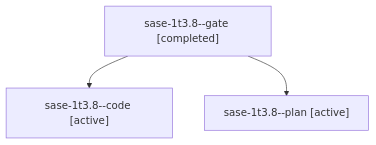
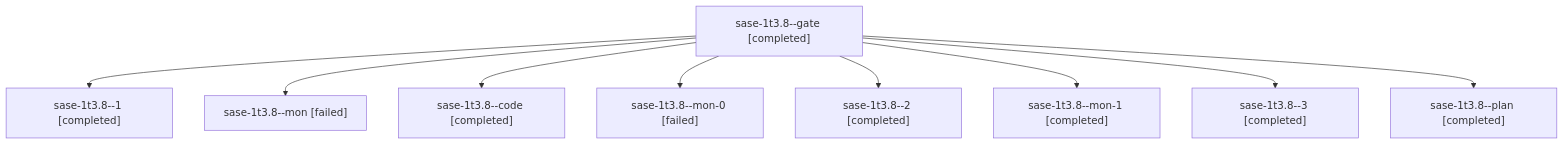
Before and after one commit to sase-org/sase--agents: the diagram in sessions/bbugyi200.athena.sase-1t3.8.md, drawn with Mermaid. The commit also changed other lines of this file and 151 other files, not shown here.

````diff
--- a/sessions/bbugyi200.athena.sase-1t3.8.md
+++ b/sessions/bbugyi200.athena.sase-1t3.8.md
@@ -9,8 +9,20 @@
 ```mermaid
 flowchart TD
   n0["sase-1t3.8--gate [completed]"]
-  n1["sase-1t3.8--code [active]"]
+  n1["sase-1t3.8--1 [completed]"]
   n0 --> n1
-  n2["sase-1t3.8--plan [active]"]
+  n2["sase-1t3.8--mon [failed]"]
   n0 --> n2
+  n3["sase-1t3.8--code [completed]"]
+  n0 --> n3
+  n4["sase-1t3.8--mon-0 [failed]"]
+  n0 --> n4
+  n5["sase-1t3.8--2 [completed]"]
+  n0 --> n5
+  n6["sase-1t3.8--mon-1 [completed]"]
+  n0 --> n6
+  n7["sase-1t3.8--3 [completed]"]
+  n0 --> n7
+  n8["sase-1t3.8--plan [completed]"]
+  n0 --> n8
 ```
````
